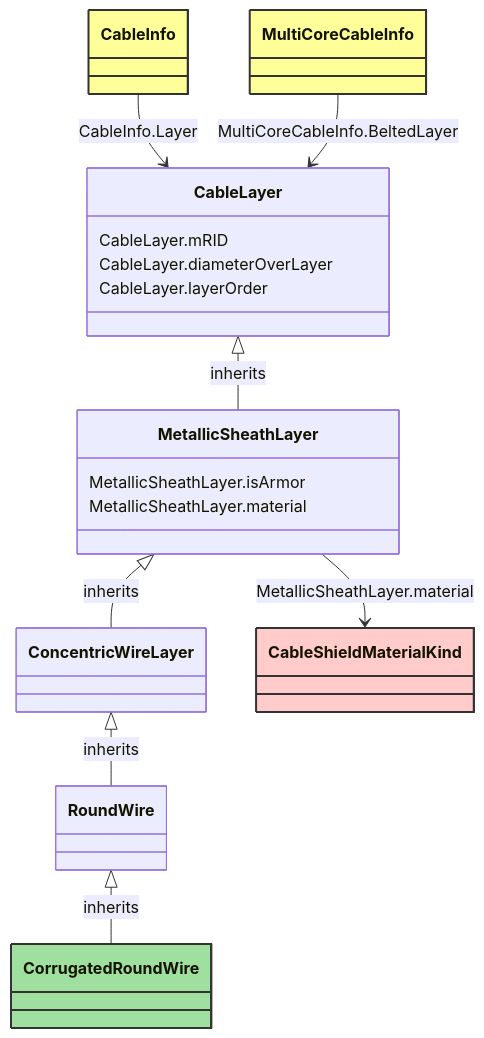
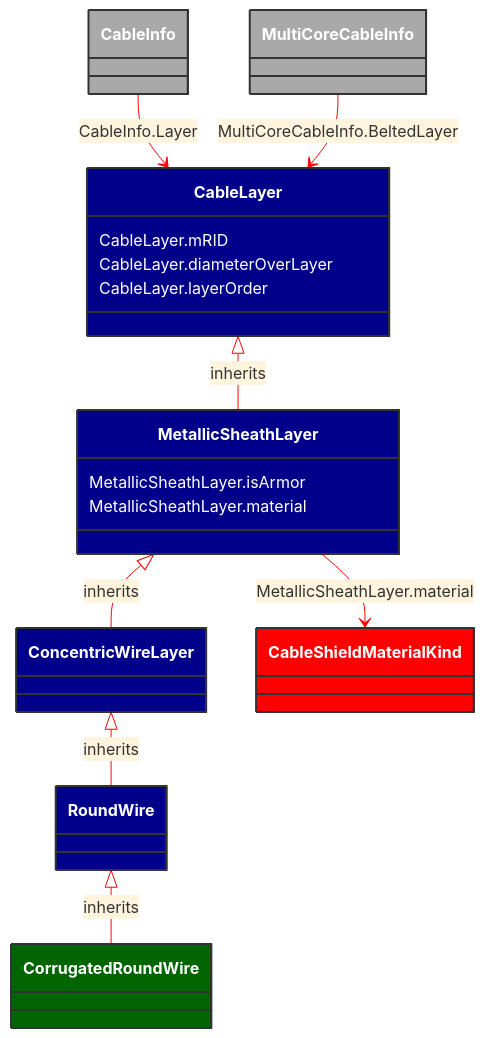
The diagram in docs/Models/Profiles/SubseaCableInfo/ConcreteClasses/CorrugatedRoundWire.md (3lbits/NoCIMExtensions), drawn with Mermaid before and after one commit. The commit also changed 58 other files, not shown here.

````diff
--- a/docs/Models/Profiles/SubseaCableInfo/ConcreteClasses/CorrugatedRoundWire.md
+++ b/docs/Models/Profiles/SubseaCableInfo/ConcreteClasses/CorrugatedRoundWire.md
@@ -8,51 +8,52 @@
 ```mermaid
+%%{init: {'theme':'base','themeVariables': {'lineColor': '#FF0000'}}}%%
 classDiagram
     class CorrugatedRoundWire
     click CorrugatedRoundWire href "/Models/Profiles/SubseaCableInfo/ConcreteClasses/CorrugatedRoundWire/"
-    style CorrugatedRoundWire fill:#9fdf9f,stroke:#333,stroke-width:2px,rx:10,ry:10
+    style CorrugatedRoundWire fill:#006400,stroke:#333,stroke-width:2px,rx:10,ry:10,color:white
 
         RoundWire <|-- CorrugatedRoundWire : inherits
             click RoundWire href "/Models/Profiles/SubseaCableInfo/ConcreteClasses/RoundWire/"
-            style RoundWire rx:10,ry:10
+            style RoundWire fill:#00008B,stroke:#333,stroke-width:2px,rx:10,ry:10,color:white
 
         CorrugatedRoundWire
             click CorrugatedRoundWire href "/Models/Profiles/SubseaCableInfo/ConcreteClasses/CorrugatedRoundWire/"
-            style CorrugatedRoundWire rx:10,ry:10
+            style RoundWire fill:#00008B,stroke:#333,stroke-width:2px,rx:10,ry:10,color:white
 
         ConcentricWireLayer <|-- RoundWire : inherits
             click ConcentricWireLayer href "/Models/Profiles/SubseaCableInfo/ConcreteClasses/ConcentricWireLayer/"
-            style ConcentricWireLayer rx:10,ry:10
+            style ConcentricWireLayer fill:#00008B,stroke:#333,stroke-width:2px,rx:10,ry:10,color:white
 
         MetallicSheathLayer <|-- ConcentricWireLayer : inherits
             click MetallicSheathLayer href "/Models/Profiles/SubseaCableInfo/ConcreteClasses/MetallicSheathLayer/"
-            style MetallicSheathLayer rx:10,ry:10
+            style MetallicSheathLayer fill:#00008B,stroke:#333,stroke-width:2px,rx:10,ry:10,color:white
 
         CableLayer <|-- MetallicSheathLayer : inherits
             click CableLayer href "/Models/Profiles/SubseaCableInfo/AbstractClasses/CableLayer/"
-            style CableLayer rx:10,ry:10
+            style CableLayer fill:#00008B,stroke:#333,stroke-width:2px,rx:10,ry:10,color:white
 
 
         CableInfo --> CableLayer : CableInfo.Layer
 
         CableInfo
             click CableInfo href "/Models/Profiles/SubseaCableInfo/ConcreteClasses/CableInfo/"
-            style CableInfo fill:#ffff99,stroke:#333,stroke-width:2px,rx:10,ry:10
+            style CableInfo fill:#A9A9A9,stroke:#333,stroke-width:2px,rx:10,ry:10,color:white
 
         MultiCoreCableInfo --> CableLayer : MultiCoreCableInfo.BeltedLayer
 
         MultiCoreCableInfo
             click MultiCoreCableInfo href "/Models/Profiles/SubseaCableInfo/ConcreteClasses/MultiCoreCableInfo/"
-            style MultiCoreCableInfo fill:#ffff99,stroke:#333,stroke-width:2px,rx:10,ry:10
+            style MultiCoreCableInfo fill:#A9A9A9,stroke:#333,stroke-width:2px,rx:10,ry:10,color:white
 
         MetallicSheathLayer --> CableShieldMaterialKind : MetallicSheathLayer.material
 
         CableShieldMaterialKind
             click CableShieldMaterialKind href "/Models/Profiles/SubseaCableInfo/Enumerations/CableShieldMaterialKind/"
-            style CableShieldMaterialKind fill:#FFCCCB,stroke:#333,stroke-width:2px,rx:10,ry:10
+            style CableShieldMaterialKind fill:#FF0000,stroke:#333,stroke-width:2px,rx:10,ry:10,color:white
 
         MetallicSheathLayer : MetallicSheathLayer.isArmor
         MetallicSheathLayer : MetallicSheathLayer.material
         CableLayer : CableLayer.mRID
         CableLayer : CableLayer.diameterOverLayer
         CableLayer : CableLayer.layerOrder
 ```
````
